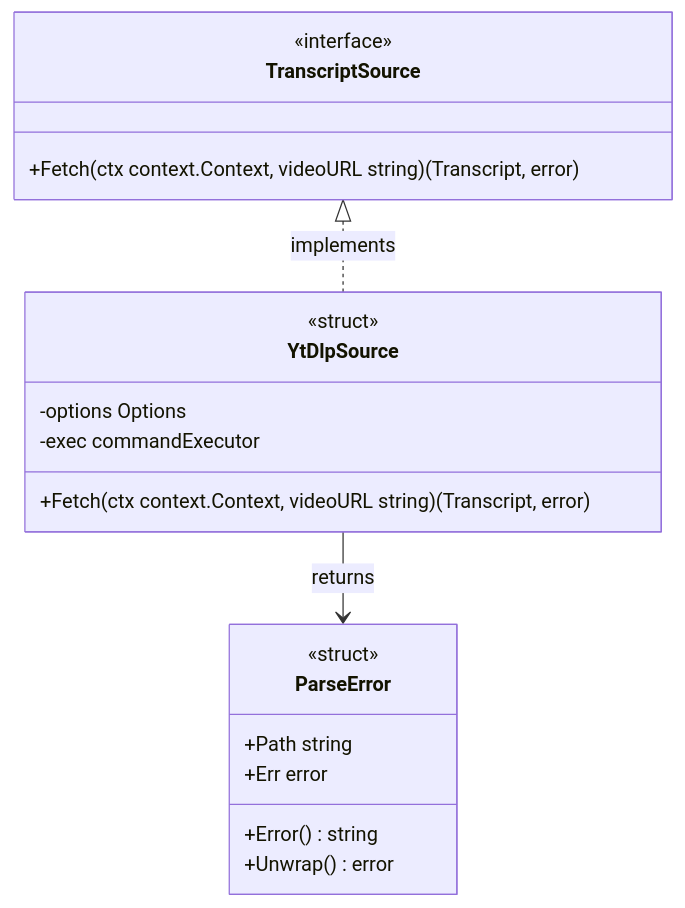
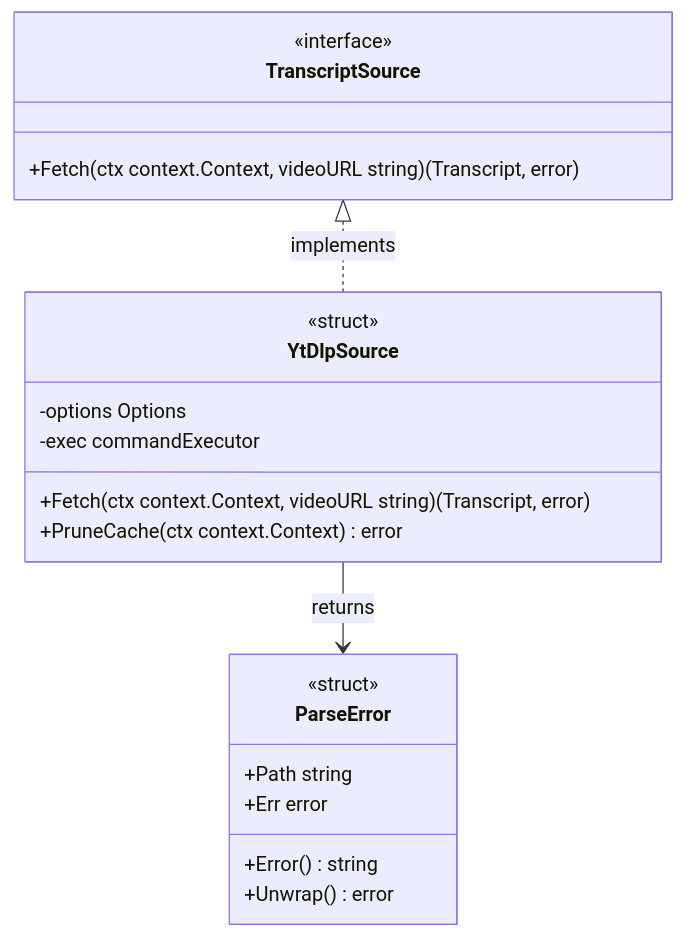
The sixth of 11 diagrams in docs/tasks/0002_ytdlp_transcript_source/02_architecture.md (isseis/yt2column), drawn with Mermaid before and after one commit. The commit also changed other lines of this file, not shown here.

First line of the commit message:
docs(0002): switch the cache to slots and a pointer

````diff
--- a/docs/tasks/0002_ytdlp_transcript_source/02_architecture.md
+++ b/docs/tasks/0002_ytdlp_transcript_source/02_architecture.md
@@ -435,22 +487,23 @@
 ```mermaid
 classDiagram
     class ParseError {
         <<struct>>
         +Path string
         +Err error
         +Error() string
         +Unwrap() error
     }
     class TranscriptSource {
         <<interface>>
         +Fetch(ctx context.Context, videoURL string) (Transcript, error)
     }
     class YtDlpSource {
         <<struct>>
         -options Options
         -exec commandExecutor
         +Fetch(ctx context.Context, videoURL string) (Transcript, error)
+        +PruneCache(ctx context.Context) error
     }
     TranscriptSource <|.. YtDlpSource : implements
     YtDlpSource --> ParseError : returns
 ```
````
